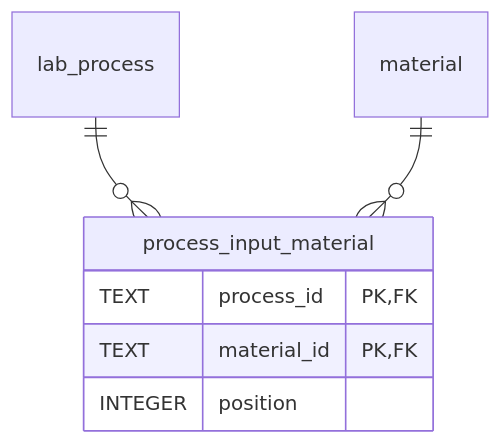
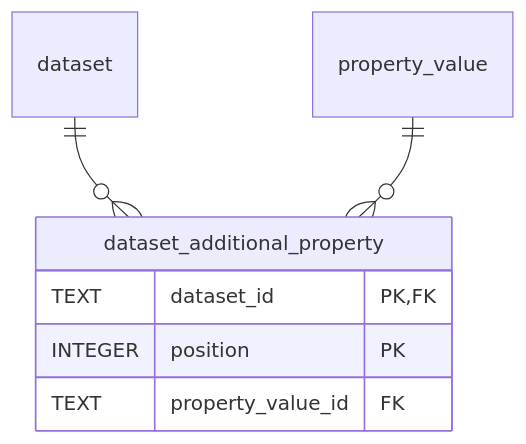
Diagram 12 of 18 in schemas/sql/design.md (HLWeil/ProcessCore), drawn with Mermaid before and after one commit. The commit also changed other lines of this file, not shown here.

Commit message:
docs: improve SQL schema design plan

````diff
--- a/schemas/sql/design.md
+++ b/schemas/sql/design.md
@@ -345,10 +374,10 @@
 ```mermaid
 erDiagram
-    process_input_material {
-        TEXT process_id PK,FK
-        TEXT material_id PK,FK
-        INTEGER position
+    dataset_additional_property {
+        TEXT dataset_id PK,FK
+        INTEGER position PK
+        TEXT property_value_id FK
     }
-    lab_process ||--o{ process_input_material : ""
-    material ||--o{ process_input_material : ""
+    dataset ||--o{ dataset_additional_property : ""
+    property_value ||--o{ dataset_additional_property : ""
 ```
````
